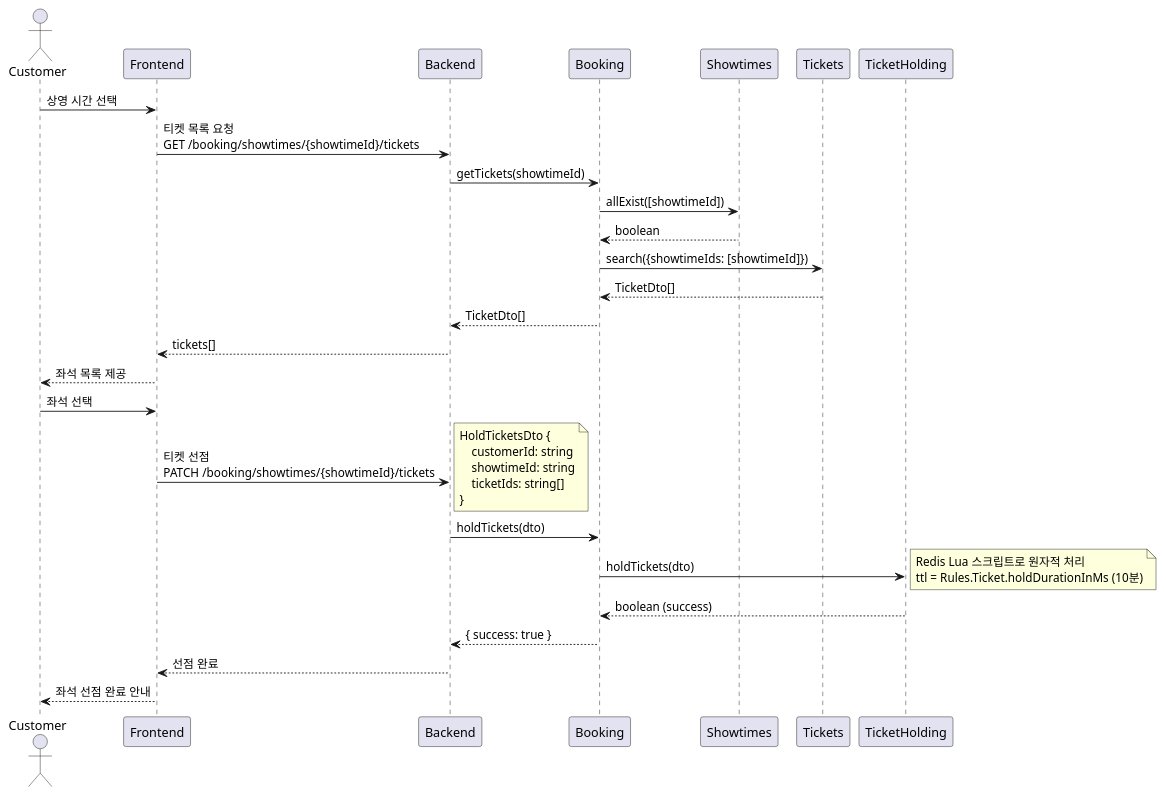
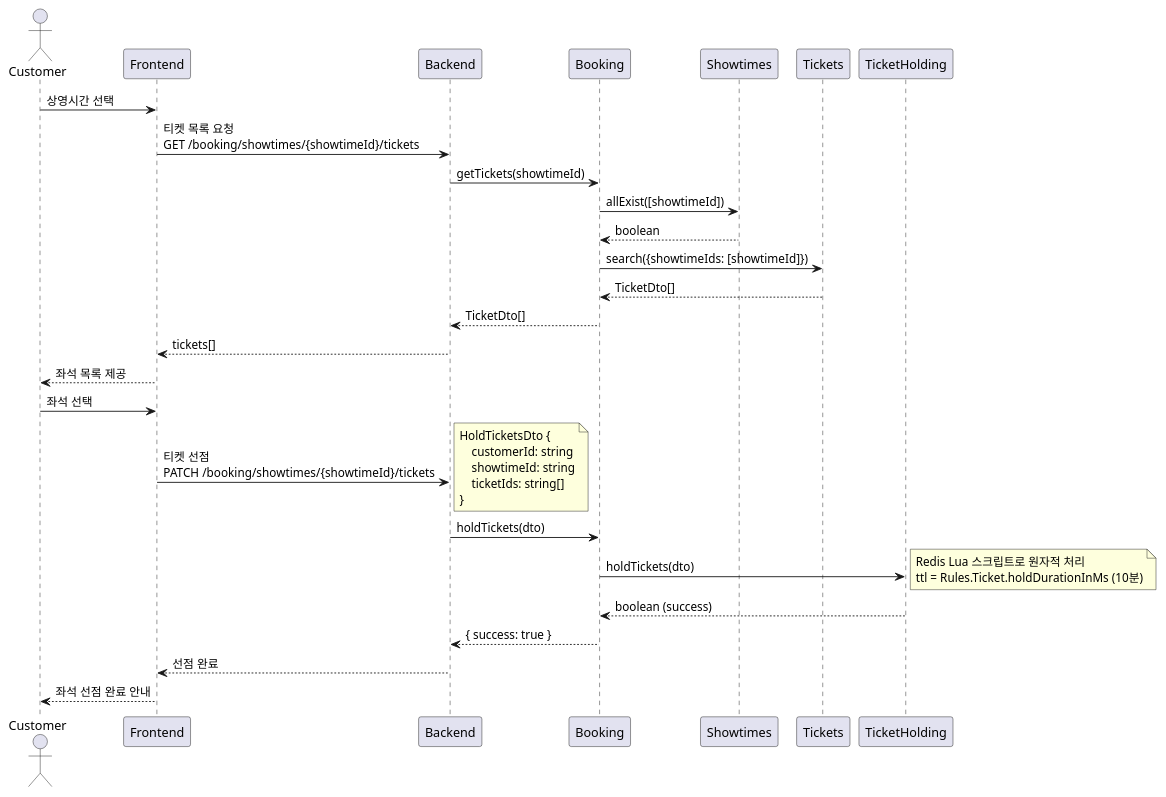
Before and after one commit to mannercode/nest-seed: the third of 5 diagrams in docs/designs/tickets-purchase.md, drawn with PlantUML. The commit also changed other lines of this file and 5 other files, not shown here.

````diff
--- a/docs/designs/tickets-purchase.md
+++ b/docs/designs/tickets-purchase.md
@@ -126,36 +126,36 @@
 ```plantuml
 @startuml
 actor Customer
 
-Customer -> Frontend: 상영 시간 선택
+Customer -> Frontend: 상영시간 선택
     Frontend -> Backend: 티켓 목록 요청\nGET /booking/showtimes/{showtimeId}/tickets
         Backend -> Booking: getTickets(showtimeId)
             Booking -> Showtimes: allExist([showtimeId])
             Booking <-- Showtimes: boolean
             Booking -> Tickets: search({showtimeIds: [showtimeId]})
             Booking <-- Tickets: TicketDto[]
         Backend <-- Booking: TicketDto[]
     Frontend <-- Backend: tickets[]
 Customer <-- Frontend: 좌석 목록 제공
 
 Customer -> Frontend: 좌석 선택
     Frontend -> Backend: 티켓 선점\nPATCH /booking/showtimes/{showtimeId}/tickets
     note right
     HoldTicketsDto {
         customerId: string
         showtimeId: string
         ticketIds: string[]
     }
     end note
         Backend -> Booking: holdTickets(dto)
             Booking -> TicketHolding: holdTickets(dto)
             note right
                 Redis Lua 스크립트로 원자적 처리
                 ttl = Rules.Ticket.holdDurationInMs (10분)
             end note
             Booking <-- TicketHolding: boolean (success)
         Backend <-- Booking: { success: true }
     Frontend <-- Backend: 선점 완료
 Customer <-- Frontend: 좌석 선점 완료 안내
 @enduml
 ```
````
